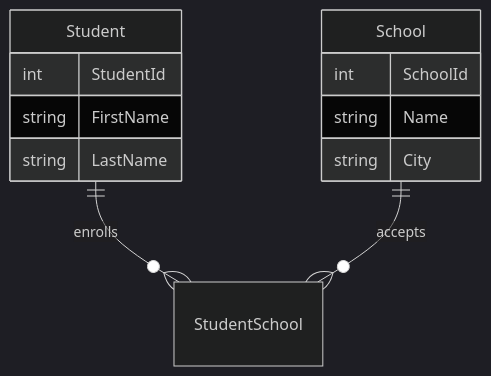
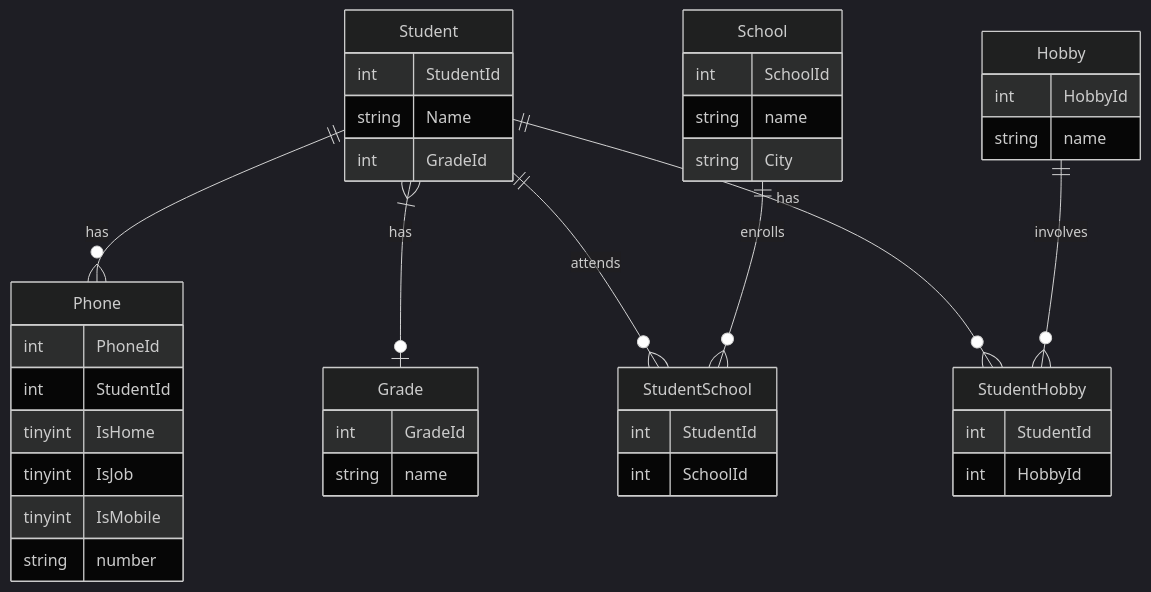
Before and after one commit to dzJP/db20222: the diagram in README.md, drawn with Mermaid (dark theme). The commit also changed other lines of this file, not shown here.

Commit message:
Updated the ER diagram

````diff
--- a/README.md
+++ b/README.md
@@ -4,16 +6,51 @@
 ```mermaid
 erDiagram
-    Student ||--o{ StudentSchool : enrolls
+    Student ||--o{ Phone : has
+    Student }|--o| Grade : has
+    Student ||--o{ StudentSchool : attends
+    School ||--o{ StudentSchool : enrolls
+    Student ||--o{ StudentHobby : has
+    Hobby ||--o{ StudentHobby : involves
+
+
     Student {
         int StudentId
-        string FirstName
-        string LastName
+        string Name
+        int GradeId
     }
-    School ||--o{ StudentSchool : accepts
+
+    Phone {
+        int PhoneId
+        int StudentId
+        tinyint IsHome
+        tinyint IsJob
+        tinyint IsMobile
+        string number
+    }
+
     School {
         int SchoolId
-        string Name
+        string name
         string City
     }
 
+    StudentSchool {
+        int StudentId
+        int SchoolId
+    }
+
+    Hobby {
+        int HobbyId
+        string name
+    }
+    StudentHobby {
+        int StudentId
+        int HobbyId
+    }
+
+    Grade {
+        int GradeId
+        string name
+    }
+
 ```
````
